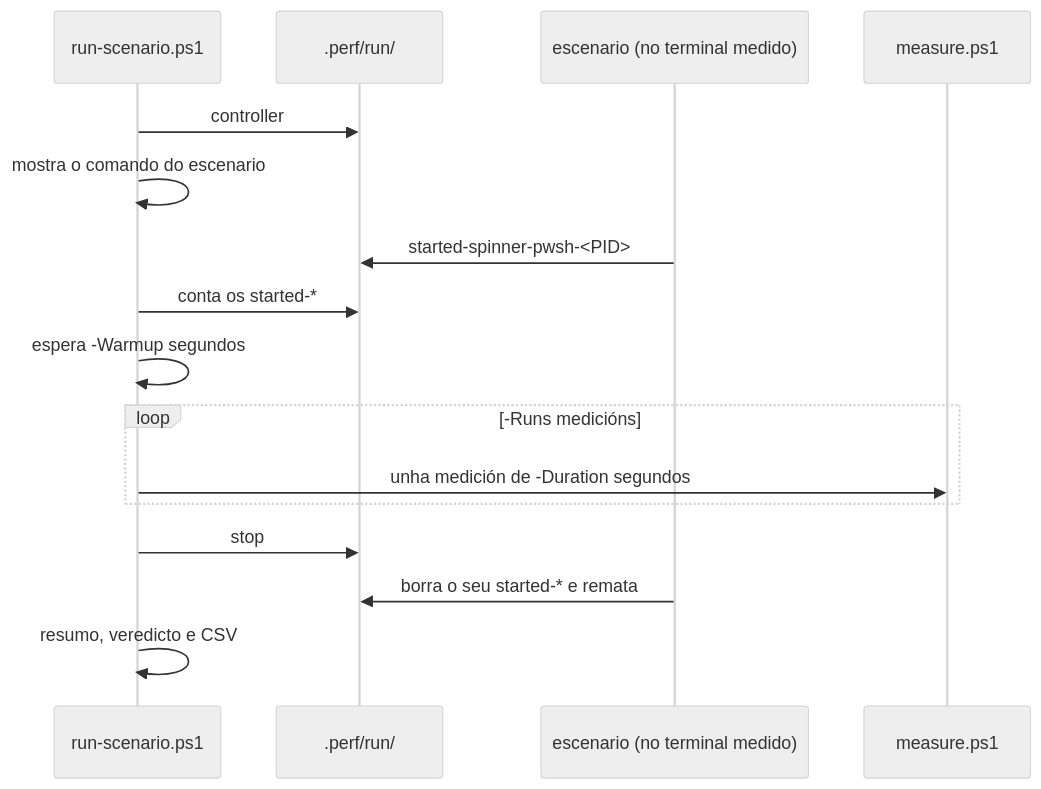
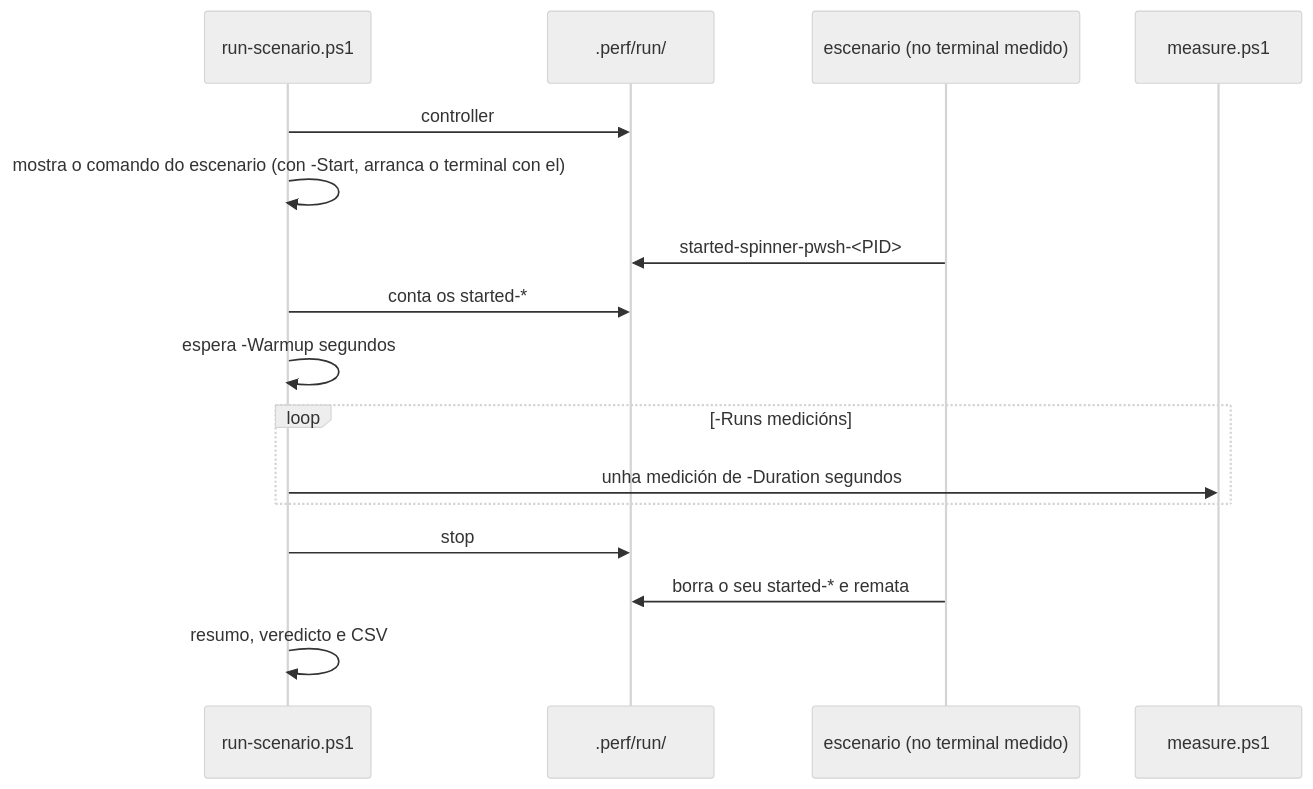
One commit to NewHouses/meiga changed the diagram in docs/codigo/escenarios.md. Above: the diagram before and after it, drawn with Mermaid (neutral theme). The commit also changed other lines of this file and 52 other files, not shown here.

````diff
--- a/docs/codigo/escenarios.md
+++ b/docs/codigo/escenarios.md
@@ -43,18 +50,18 @@
 ```mermaid
 sequenceDiagram
     participant R as run-scenario.ps1
     participant D as .perf/run/
     participant E as escenario (no terminal medido)
     participant M as measure.ps1
     R->>D: controller
-    R->>R: mostra o comando do escenario
+    R->>R: mostra o comando do escenario (con -Start, arranca o terminal con el)
     E->>D: started-spinner-pwsh-<PID>
     R->>D: conta os started-*
     R->>R: espera -Warmup segundos
     loop -Runs medicións
         R->>M: unha medición de -Duration segundos
     end
     R->>D: stop
     E->>D: borra o seu started-* e remata
     R->>R: resumo, veredicto e CSV
 ```
````
